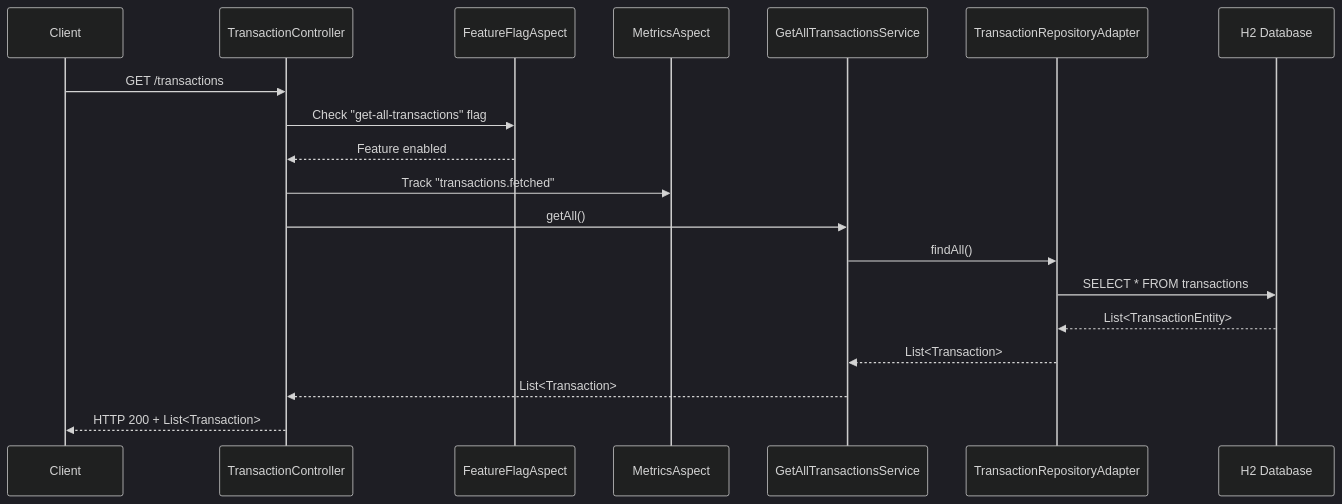
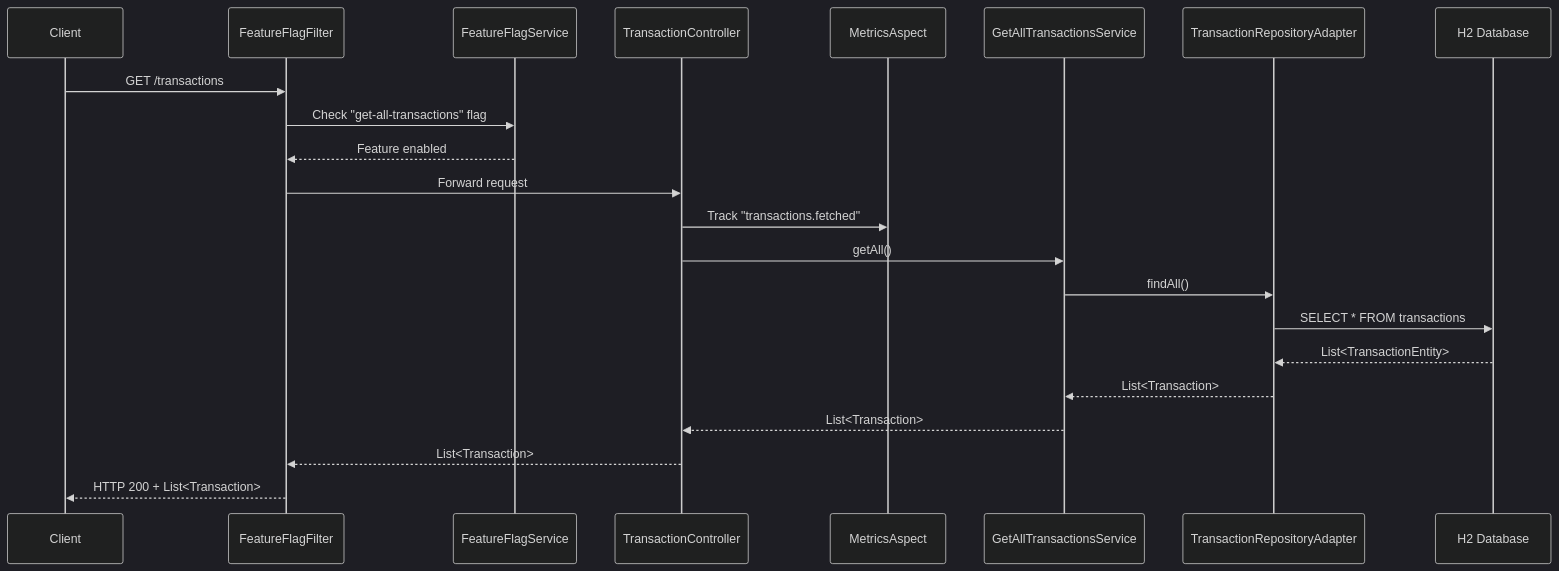
One commit to noyqdave/accounting-ledger-service changed the diagram in docs/diagrams/process-view-retrieval.mmd. Above: the diagram before and after it, drawn with Mermaid (dark theme). The commit also changed 12 other files, not shown here.

First line of the commit message:
Update documentation to reflect filter-based feature flag implementation

```diff
--- a/docs/diagrams/process-view-retrieval.mmd
+++ b/docs/diagrams/process-view-retrieval.mmd
@@ -1,20 +1,23 @@
 sequenceDiagram
     participant Client
+    participant Filter as FeatureFlagFilter
+    participant FFS as FeatureFlagService
     participant Controller as TransactionController
-    participant FFA as FeatureFlagAspect
     participant MA as MetricsAspect
     participant Service as GetAllTransactionsService
     participant Adapter as TransactionRepositoryAdapter
     participant DB as H2 Database
     
-    Client->>Controller: GET /transactions
-    Controller->>FFA: Check "get-all-transactions" flag
-    FFA-->>Controller: Feature enabled
+    Client->>Filter: GET /transactions
+    Filter->>FFS: Check "get-all-transactions" flag
+    FFS-->>Filter: Feature enabled
+    Filter->>Controller: Forward request
     Controller->>MA: Track "transactions.fetched"
     Controller->>Service: getAll()
     Service->>Adapter: findAll()
     Adapter->>DB: SELECT * FROM transactions
     DB-->>Adapter: List<TransactionEntity>
     Adapter-->>Service: List<Transaction>
     Service-->>Controller: List<Transaction>
-    Controller-->>Client: HTTP 200 + List<Transaction>
+    Controller-->>Filter: List<Transaction>
+    Filter-->>Client: HTTP 200 + List<Transaction>
```
